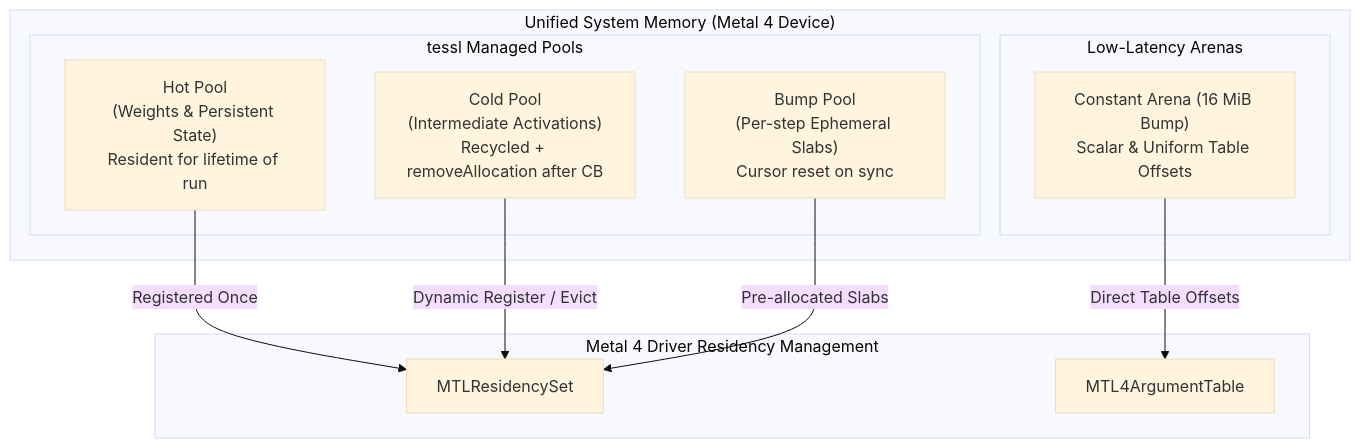
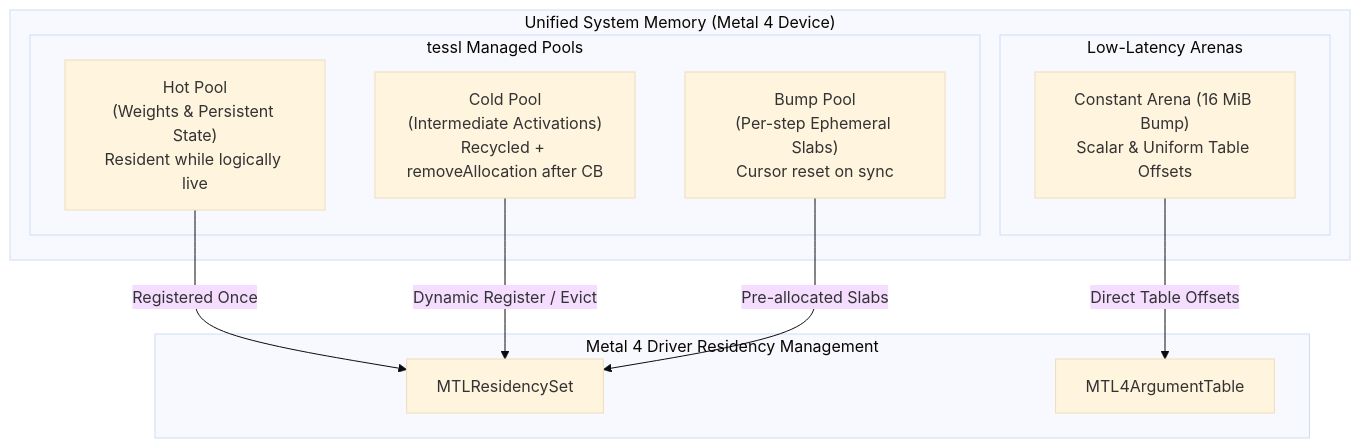
Before and after one commit to bharathvbcr/MachineLearning: the second of 4 diagrams in Rust_MLKit/crates/tessl/README.md, drawn with Mermaid (base theme). The commit also changed other lines of this file and 76 other files, not shown here.

````diff
--- a/Rust_MLKit/crates/tessl/README.md
+++ b/Rust_MLKit/crates/tessl/README.md
@@ -95,24 +95,24 @@
 ```mermaid
 flowchart TD
     subgraph DeviceMemory["Unified System Memory (Metal 4 Device)"]
         subgraph Pools["tessl Managed Pools"]
-            Hot["Hot Pool<br/>(Weights & Persistent State)<br/>Resident for lifetime of run"]
+            Hot["Hot Pool<br/>(Weights & Persistent State)<br/>Resident while logically live"]
             Cold["Cold Pool<br/>(Intermediate Activations)<br/>Recycled + removeAllocation after CB"]
             Bump["Bump Pool<br/>(Per-step Ephemeral Slabs)<br/>Cursor reset on sync"]
         end
 
         subgraph Arenas["Low-Latency Arenas"]
             ConstArena["Constant Arena (16 MiB Bump)<br/>Scalar & Uniform Table Offsets"]
         end
     end
 
     subgraph DriverResidency["Metal 4 Driver Residency Management"]
         ResSet["MTLResidencySet"]
         ArgTable["MTL4ArgumentTable"]
     end
 
     Hot -->|Registered Once| ResSet
     Cold -->|Dynamic Register / Evict| ResSet
     Bump -->|Pre-allocated Slabs| ResSet
     ConstArena -->|Direct Table Offsets| ArgTable
 ```
````
